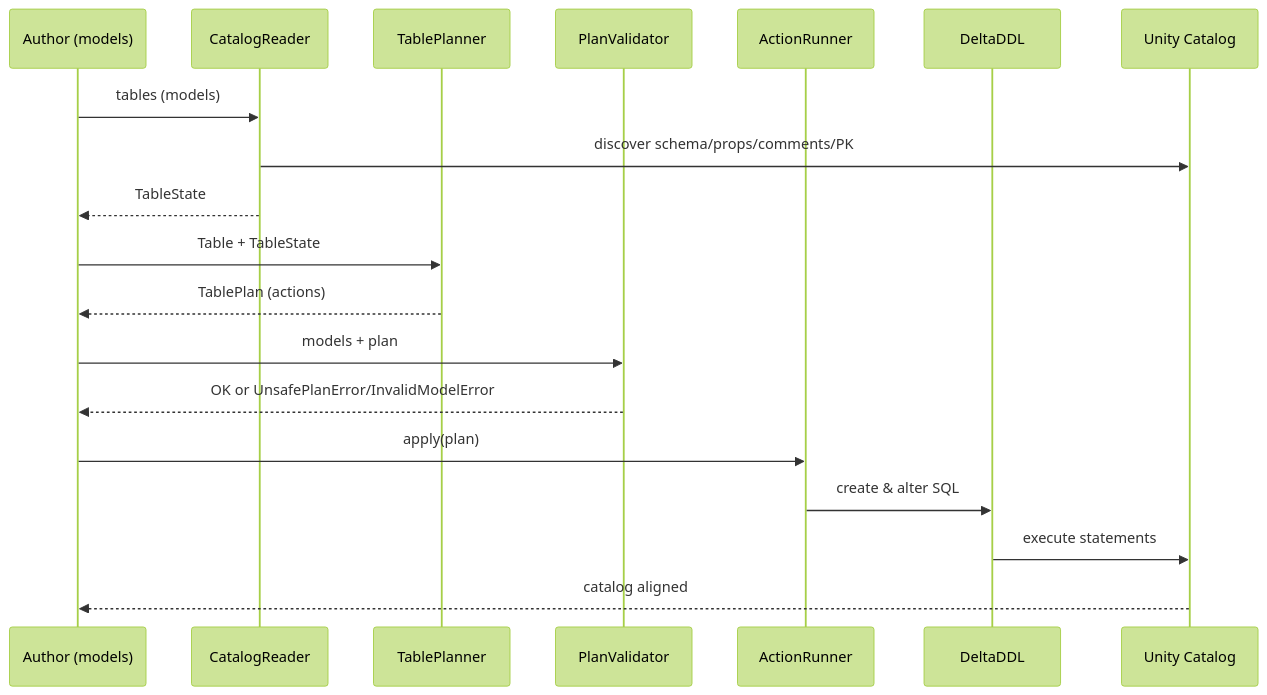
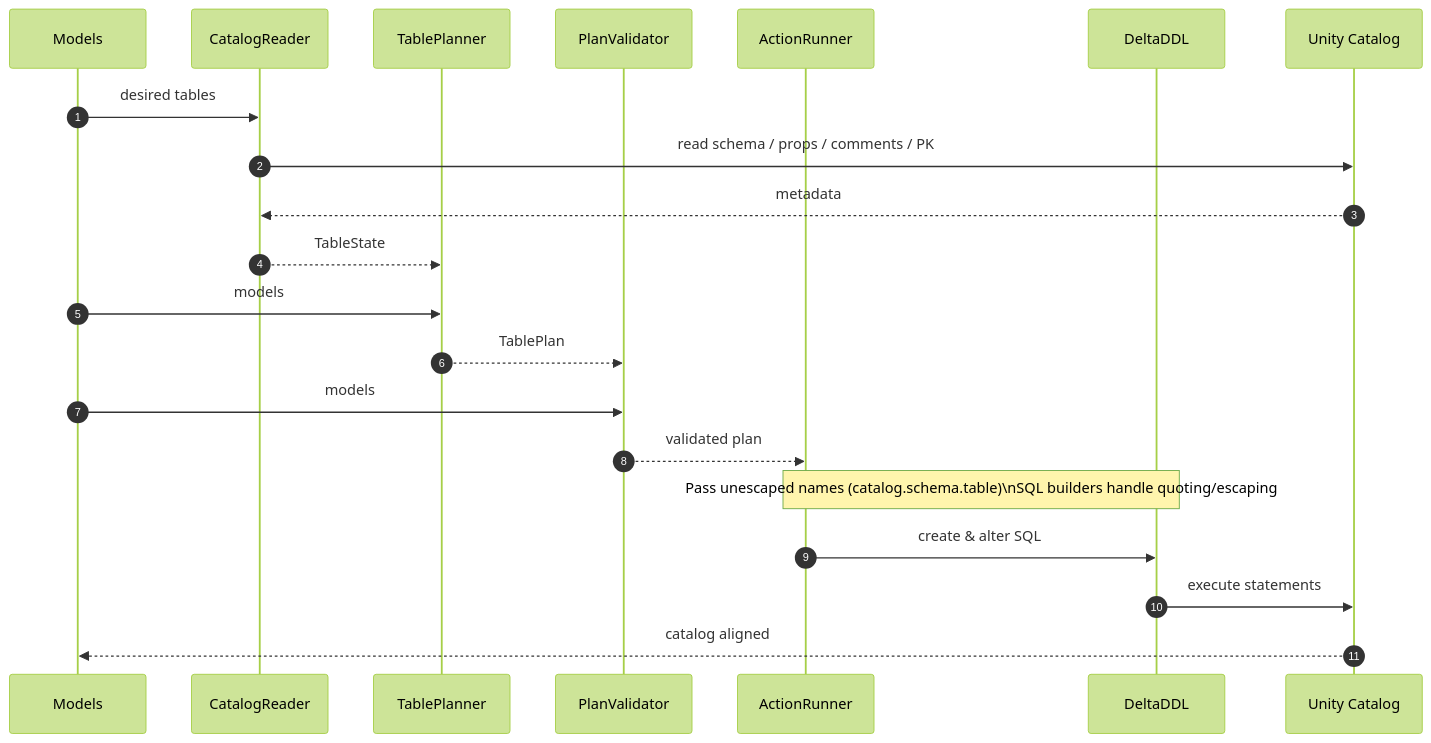
Before and after one commit to Tomoscorbin/ETL-framework: the second of 2 diagrams in docs/delta_engine.md, drawn with Mermaid (forest theme).

````diff
--- a/docs/delta_engine.md
+++ b/docs/delta_engine.md
@@ -59,22 +59,25 @@
 ```mermaid
 sequenceDiagram
-  participant Author as Author (models)
-  participant Reader as CatalogReader
-  participant Planner as TablePlanner
-  participant Validator as PlanValidator
-  participant Runner as ActionRunner
-  participant DDL as DeltaDDL
+  autonumber
+  participant M as Models
+  participant R as CatalogReader
+  participant P as TablePlanner
+  participant V as PlanValidator
+  participant A as ActionRunner
+  participant D as DeltaDDL
   participant UC as Unity Catalog
 
-  Author->>Reader: tables (models)
-  Reader->>UC: discover schema/props/comments/PK
-  Reader-->>Author: TableState
-  Author->>Planner: Table + TableState
-  Planner-->>Author: TablePlan (actions)
-  Author->>Validator: models + plan
-  Validator-->>Author: OK or UnsafePlanError/InvalidModelError
-  Author->>Runner: apply(plan)
-  Runner->>DDL: create & alter SQL
-  DDL->>UC: execute statements
-  UC-->>Author: catalog aligned
+  M->>R: desired tables
+  R->>UC: read schema / props / comments / PK
+  UC-->>R: metadata
+  R-->>P: TableState
+  M->>P: models
+  P-->>V: TablePlan
+  M->>V: models
+  V-->>A: validated plan
+  Note over A,D: Pass unescaped names (catalog.schema.table)\nSQL builders handle quoting/escaping
+  A->>D: create & alter SQL
+  D->>UC: execute statements
+  UC-->>M: catalog aligned
+
 ```
````
